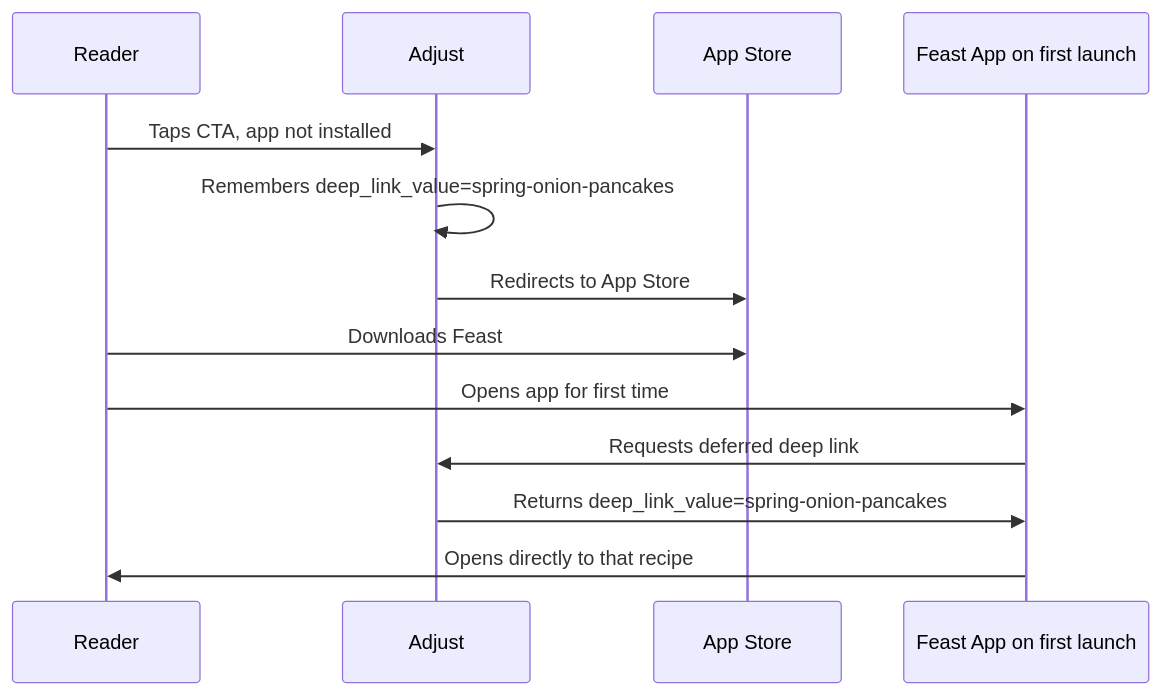
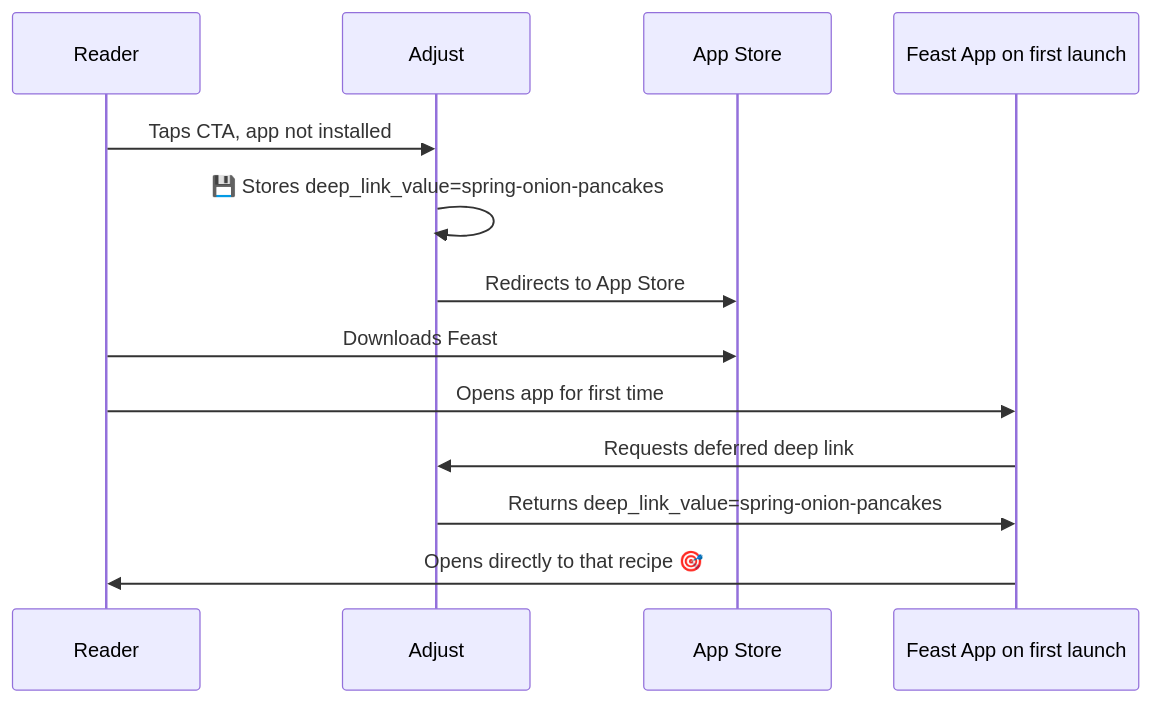
One commit to guardian/dotcom-rendering changed the eighth of 8 diagrams in dotcom-rendering/docs/feast-recipe-nudges.md. Above: the diagram before and after it, drawn with Mermaid. The commit also changed other lines of this file, not shown here.

Commit message:
Refine Feast Recipe Nudges documentation for clarity and consistency

````diff
--- a/dotcom-rendering/docs/feast-recipe-nudges.md
+++ b/dotcom-rendering/docs/feast-recipe-nudges.md
@@ -319,16 +304,16 @@
 ```mermaid
 sequenceDiagram
     participant Reader
     participant Adjust
     participant Store as App Store
     participant App as Feast App on first launch
 
     Reader->>Adjust: Taps CTA, app not installed
-    Adjust->>Adjust: Remembers deep_link_value=spring-onion-pancakes
+    Adjust->>Adjust: 💾 Stores deep_link_value=spring-onion-pancakes
     Adjust->>Store: Redirects to App Store
     Reader->>Store: Downloads Feast
     Reader->>App: Opens app for first time
     App->>Adjust: Requests deferred deep link
     Adjust->>App: Returns deep_link_value=spring-onion-pancakes
-    App->>Reader: Opens directly to that recipe
+    App->>Reader: Opens directly to that recipe 🎯
 ```
````
